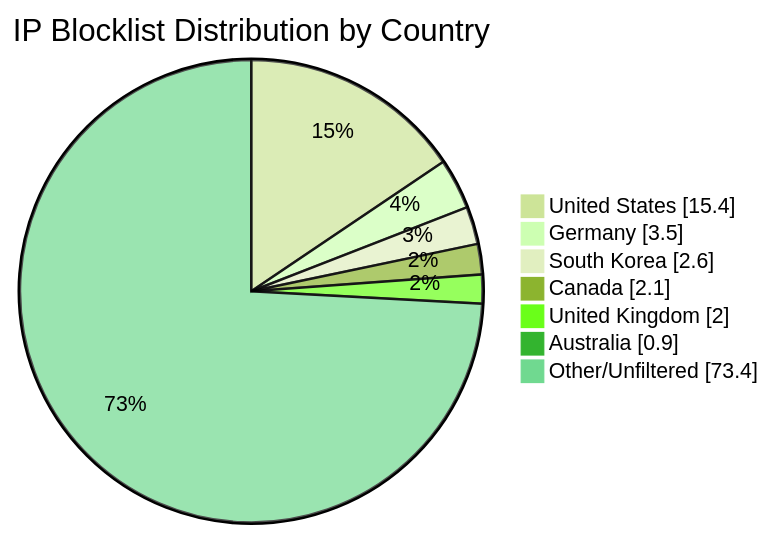
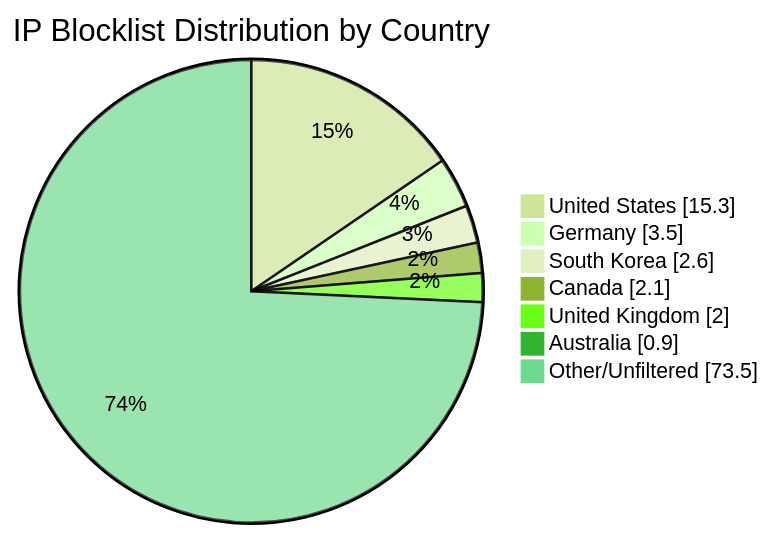
The diagram in README.md (MarcusHoltz/ipblocklist-geofiltered-aggregator), drawn with Mermaid (forest theme) before and after one commit. The commit also changed other lines of this file and 9 other files, not shown here.

````diff
--- a/README.md
+++ b/README.md
@@ -34,10 +34,10 @@
 ```mermaid
 pie showData title IP Blocklist Distribution by Country
-"United States" : 15.4
+"United States" : 15.3
 "Germany" : 3.5
 "South Korea" : 2.6
 "Canada" : 2.1
 "United Kingdom" : 2.0
 "Australia" : 0.9
-"Other/Unfiltered" : 73.4
+"Other/Unfiltered" : 73.5
 ```
````
